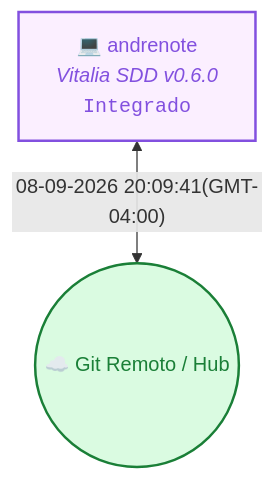
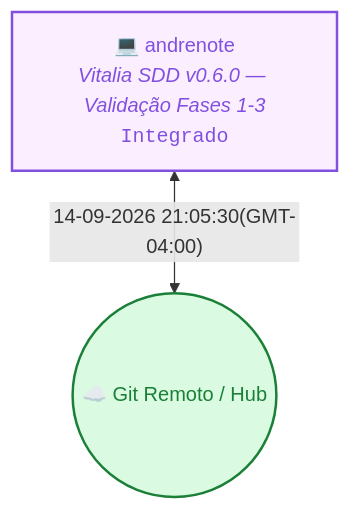
One commit to vitalia-platform/vitalia-sdd-context changed the diagram in README.md. Above: the diagram before and after it, drawn with Mermaid. The commit also changed other lines of this file and 11 other files, not shown here.

````diff
--- a/README.md
+++ b/README.md
@@ -20,8 +20,8 @@
 ```mermaid
 flowchart TD
   Cloud(("☁️ Git Remoto / Hub"))
-  M_7f367bd3["💻 andrenote<br/><i>Vitalia SDD v0.6.0</i><br/><code>Integrado</code>"]
-  M_7f367bd3 <-->|"08-09-2026 20:09:41(GMT-04:00)"| Cloud
+  M_7f367bd3["💻 andrenote<br/><i>Vitalia SDD v0.6.0 — Validação Fases 1-3</i><br/><code>Integrado</code>"]
+  M_7f367bd3 <-->|"14-09-2026 21:05:30(GMT-04:00)"| Cloud
   style M_7f367bd3 stroke:#8250df,stroke-width:2px,fill:#fbefff,color:#8250df
   style Cloud stroke:#1a7f37,stroke-width:2px,fill:#dafbe1,color:#1a7f37
 ```
````
